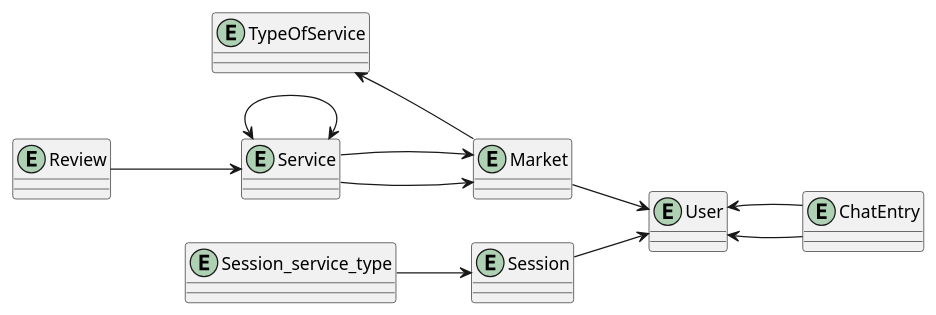
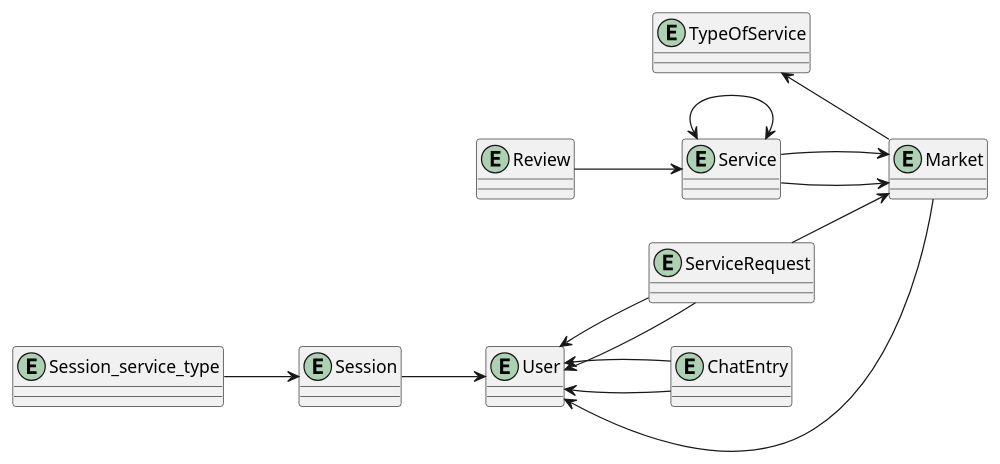
The second of 3 diagrams in documenation/Project_Description.adoc (2425-4chif-syp/01-projekte-d4d), drawn with PlantUML before and after one commit. The commit also changed other lines of this file and 1 other file, not shown here.

Commit message:
docs: correcting the erd

```diff
--- a/documenation/Project_Description.adoc
+++ b/documenation/Project_Description.adoc
@@ -73,49 +73,56 @@
 ["plantuml"]
 ----
 @startuml
 left to right direction
 
 entity "User" as User {
 
 }
 
 entity "TypeOfService" as TypeOfService {
 
 }
 
 entity "Service" as Service {
+
+}
+
+entity "ServiceRequest" as ServiceRequest {
 
 }
 
 entity "Market" as Market {
 
 }
 
 entity "ChatEntry" as ChatEntry {
 
 }
 
 entity "Review" as Review {
 
 }
 
 entity "Session_service_type" as Session_service_type {
 
 }
 
 entity "Session" as Session {
 
 }
 
 User <-- ChatEntry
+User <-- ServiceRequest
 Review --> Service
 ChatEntry --> User
+ServiceRequest --> User
+ServiceRequest --> Market
 TypeOfService <-- Market
 Service --> Market
 Service --> Market
 Service <--> Service
 Market --> User
 Session_service_type --> Session
 Session --> User
 @enduml
 ----
```
